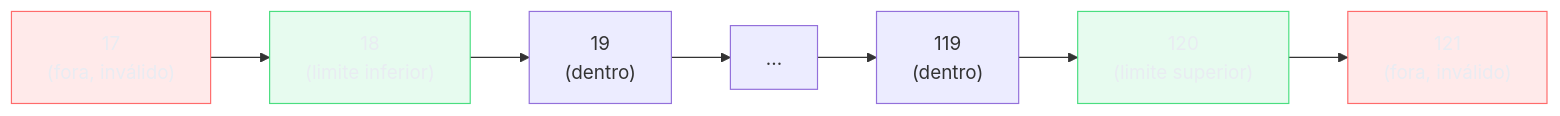
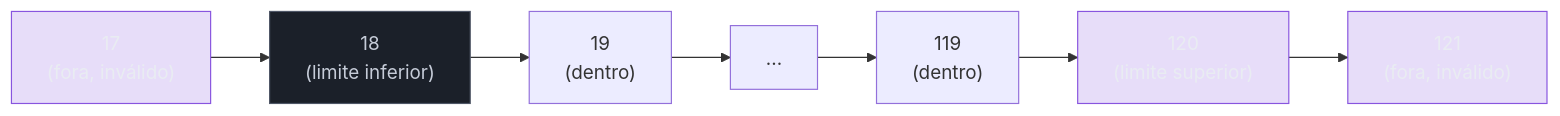
Before and after one commit to josenaldo/codex-technomanticus: the second of 5 diagrams in 03-Dominios/Engenharia/Testes/10 - Técnicas de teste e edge cases.md, drawn with Mermaid. The commit also changed other lines of this file and 601 other files, not shown here.

````diff
--- a/03-Dominios/Engenharia/Testes/10 - Técnicas de teste e edge cases.md
+++ b/03-Dominios/Engenharia/Testes/10 - Técnicas de teste e edge cases.md
@@ -101,16 +101,16 @@
 ```mermaid
 flowchart LR
-    classDef ok fill:#4ADE8021,stroke:#4ADE80,color:#E9ECF2
-    classDef falha fill:#FF6B6B24,stroke:#FF6B6B,color:#E9ECF2
+    classDef marca fill:#8855DF33,stroke:#8855DF,color:#E9ECF2
+    classDef neutro fill:#1B2029,stroke:#4E5666,color:#C6CCD8
     L1["17<br/>(fora, inválido)"] --> L2["18<br/>(limite inferior)"]
     L2 --> L3["19<br/>(dentro)"]
     L3 --> M["..."]
     M --> L4["119<br/>(dentro)"]
     L4 --> L5["120<br/>(limite superior)"]
     L5 --> L6["121<br/>(fora, inválido)"]
 
-    class L2 ok
-    class L5 ok
-    class L1 falha
-    class L6 falha
+    class L2 neutro
+    class L5 marca
+    class L1 marca
+    class L6 marca
 ```
````
